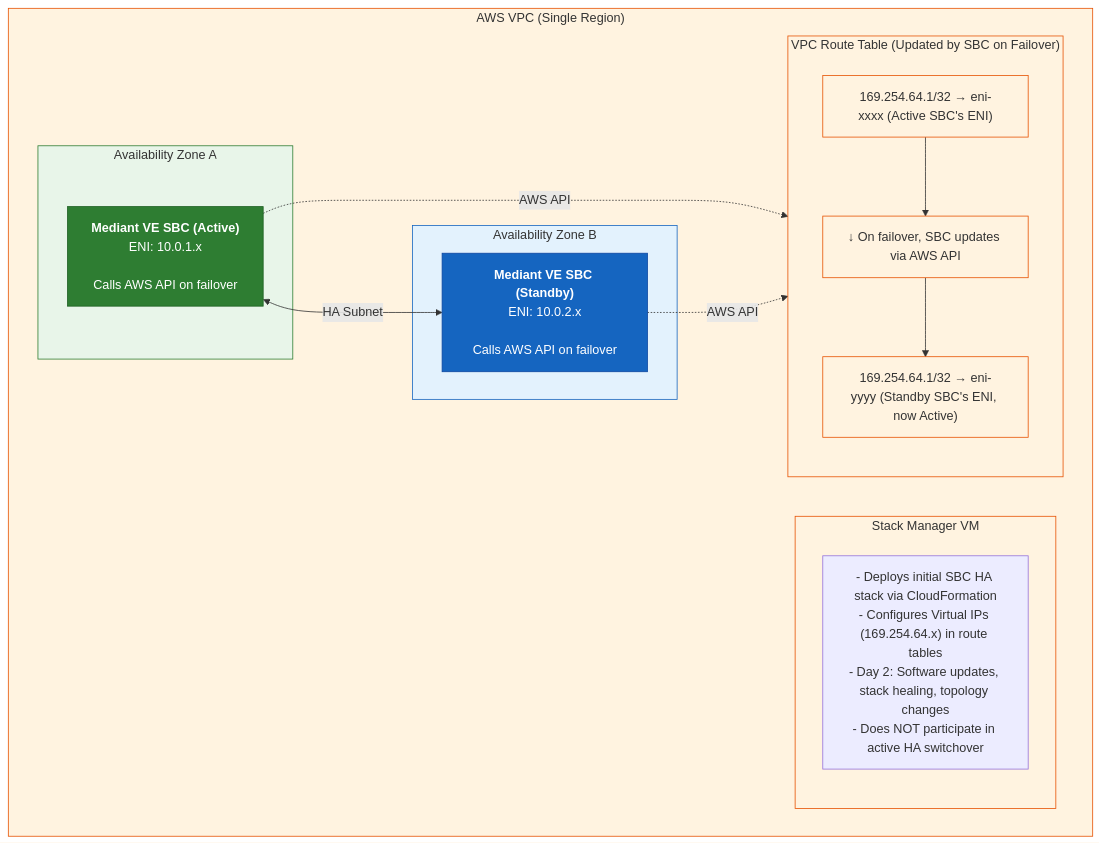
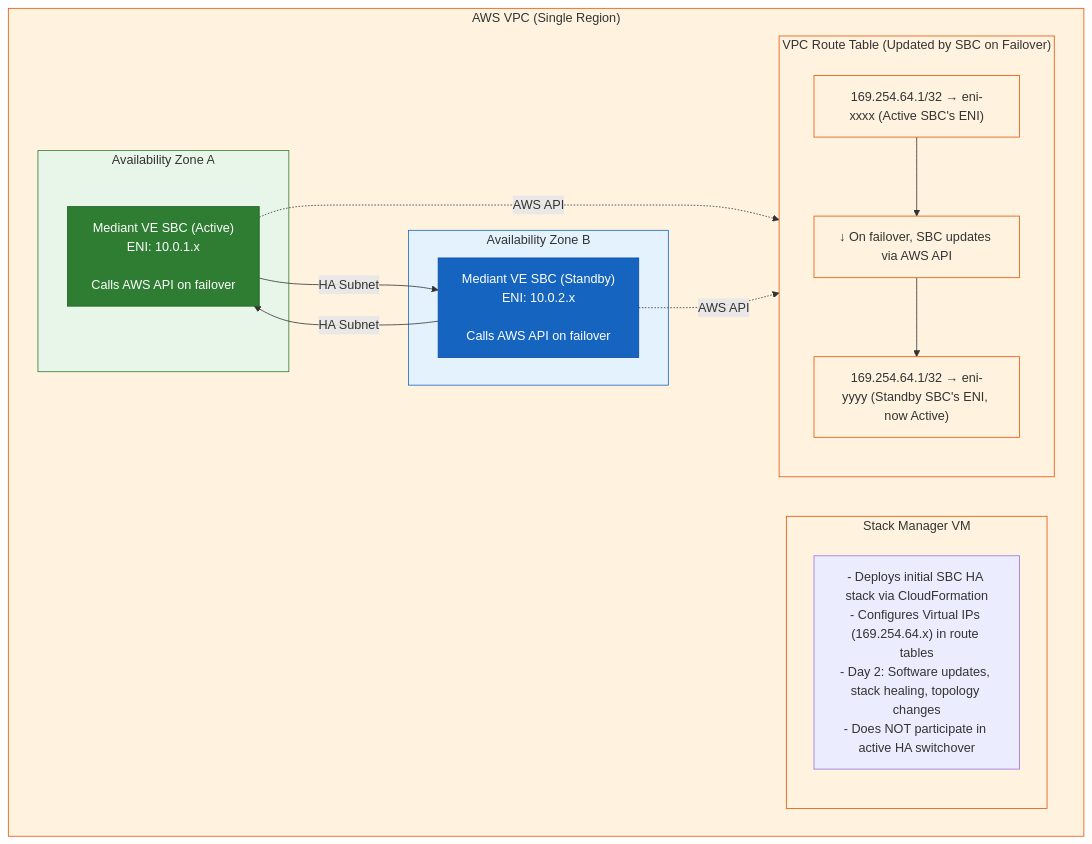
Before and after one commit to kevinsing999/public: the first of 26 diagrams in AudioCodes-AWS-Deployment-Guide.md, drawn with Mermaid. The commit also changed other lines of this file and 4 other files, not shown here.

First line of the commit message:
Fix GitHub mermaid rendering: replace unsupported syntax across 20 diagrams

````diff
--- a/AudioCodes-AWS-Deployment-Guide.md
+++ b/AudioCodes-AWS-Deployment-Guide.md
@@ -97,39 +97,40 @@
 ```mermaid
 flowchart TB
     subgraph VPC["AWS VPC (Single Region)"]
         subgraph AZA["Availability Zone A"]
-            SBC_Active["<b>Mediant VE SBC (Active)</b><br/>ENI: 10.0.1.x<br/><br/>Calls AWS API on failover"]
+            SBC_Active["Mediant VE SBC (Active)<br/>ENI: 10.0.1.x<br/><br/>Calls AWS API on failover"]
         end
 
         subgraph AZB["Availability Zone B"]
-            SBC_Standby["<b>Mediant VE SBC (Standby)</b><br/>ENI: 10.0.2.x<br/><br/>Calls AWS API on failover"]
+            SBC_Standby["Mediant VE SBC (Standby)<br/>ENI: 10.0.2.x<br/><br/>Calls AWS API on failover"]
         end
 
-        SBC_Active <-->|"HA Subnet"| SBC_Standby
+        SBC_Active -->|"HA Subnet"| SBC_Standby
+        SBC_Standby -->|"HA Subnet"| SBC_Active
 
         subgraph SM["Stack Manager VM"]
             SM_Details["- Deploys initial SBC HA stack via CloudFormation<br/>- Configures Virtual IPs (169.254.64.x) in route tables<br/>- Day 2: Software updates, stack healing, topology changes<br/>- Does NOT participate in active HA switchover"]
         end
 
         subgraph RT["VPC Route Table (Updated by SBC on Failover)"]
             RT_Before["169.254.64.1/32 → eni-xxxx (Active SBC's ENI)"]
             RT_Arrow["↓ On failover, SBC updates via AWS API"]
             RT_After["169.254.64.1/32 → eni-yyyy (Standby SBC's ENI, now Active)"]
             RT_Before --> RT_Arrow --> RT_After
         end
 
         SBC_Active -.->|"AWS API"| RT
         SBC_Standby -.->|"AWS API"| RT
     end
 
     style SBC_Active fill:#2e7d32,stroke:#1b5e20,color:#ffffff
     style SBC_Standby fill:#1565c0,stroke:#0d47a1,color:#ffffff
     style AZA fill:#e8f5e9,stroke:#2e7d32
     style AZB fill:#e3f2fd,stroke:#1565c0
     style VPC fill:#fff3e0,stroke:#e65100
     style SM fill:#fff3e0,stroke:#e65100
     style RT fill:#fff3e0,stroke:#e65100
     style RT_Before fill:#fff3e0,stroke:#e65100
     style RT_Arrow fill:#fff3e0,stroke:#e65100
     style RT_After fill:#fff3e0,stroke:#e65100
 ```
````
